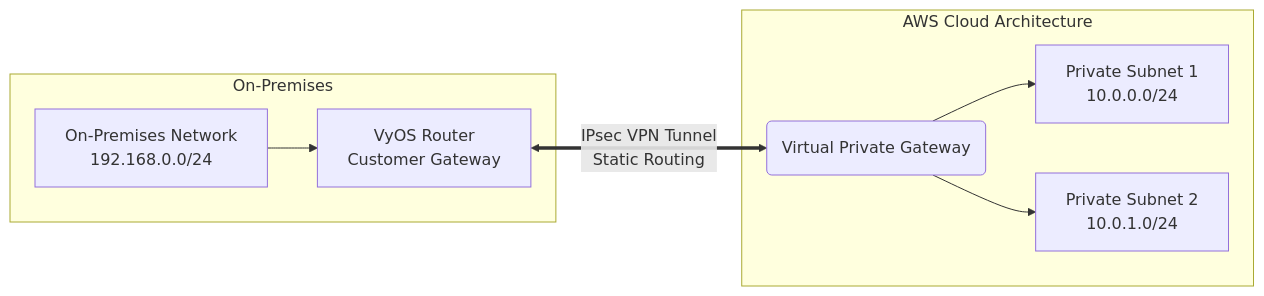
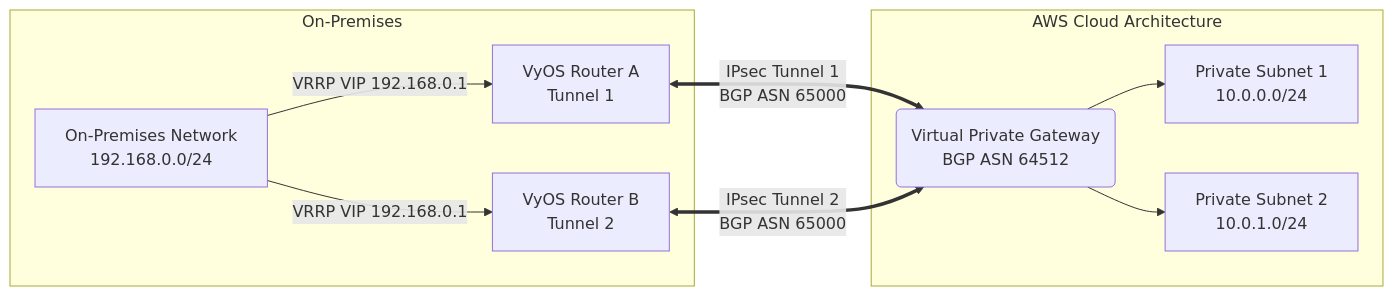
Before and after one commit to tyrelof/lab-aws-vyos-hybrid-vpn: the diagram in README.md, drawn with Mermaid. The commit also changed other lines of this file and 5 other files, not shown here.

Commit message:
feat: implement Lab 01 BGP dynamic routing and dual-node VRRP HA

````diff
--- a/README.md
+++ b/README.md
@@ -7,13 +7,15 @@
 ```mermaid
 graph LR
   subgraph On-Premises
-    A[On-Premises Network<br/>192.168.0.0/24] --> B[VyOS Router<br/>Customer Gateway]
+    A[On-Premises Network<br/>192.168.0.0/24] --> |VRRP VIP 192.168.0.1| B[VyOS Router A<br/>Tunnel 1]
+    A --> |VRRP VIP 192.168.0.1| C[VyOS Router B<br/>Tunnel 2]
   end
 
   subgraph AWS Cloud Architecture
-    D(Virtual Private Gateway) --> E[Private Subnet 1<br/>10.0.0.0/24]
-    D(Virtual Private Gateway) --> F[Private Subnet 2<br/>10.0.1.0/24]
+    D(Virtual Private Gateway<br/>BGP ASN 64512) --> E[Private Subnet 1<br/>10.0.0.0/24]
+    D --> F[Private Subnet 2<br/>10.0.1.0/24]
   end
 
-  B <==>|IPsec VPN Tunnel<br/>Static Routing| D
+  B <==>|IPsec Tunnel 1<br/>BGP ASN 65000| D
+  C <==>|IPsec Tunnel 2<br/>BGP ASN 65000| D
 ```
````
